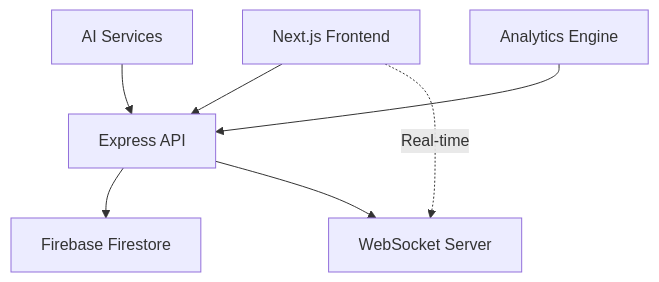
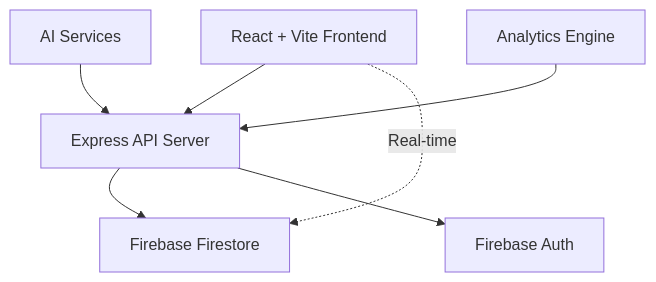
Before and after one commit to ramcodeverse/nexus_taskflow: the diagram in README.md, drawn with Mermaid. The commit also changed other lines of this file, not shown here.

First line of the commit message:
Revise README for Vite and feature updates

````diff
--- a/README.md
+++ b/README.md
@@ -105,9 +107,9 @@
 ```mermaid
 graph TB
-    A[Next.js Frontend] --> B[Express API]
+    A[React + Vite Frontend] --> B[Express API Server]
     B --> C[Firebase Firestore]
-    B --> D[WebSocket Server]
-    A -.->|Real-time| D
+    B --> D[Firebase Auth]
+    A -.->|Real-time| C
     E[AI Services] --> B
     F[Analytics Engine] --> B
 ```
````
